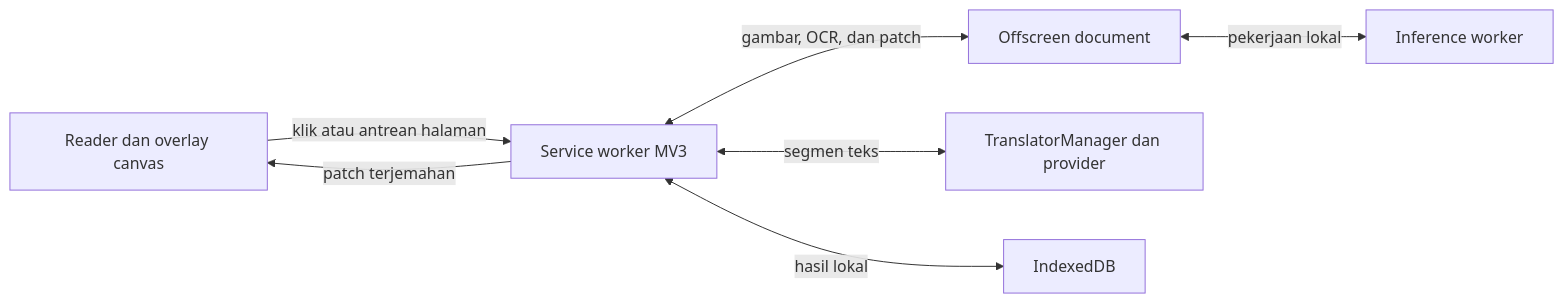
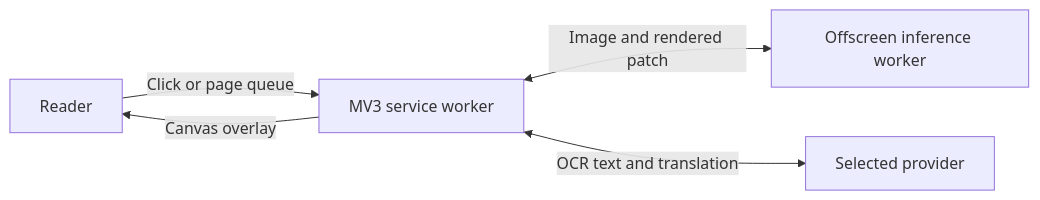
One commit to Yunachz/Manga-Translator changed the diagram in README.md. Above: the diagram before and after it, drawn with Mermaid. The commit also changed other lines of this file, not shown here.

````diff
--- a/README.md
+++ b/README.md
@@ -64,9 +44,7 @@
 ```mermaid
 flowchart LR
-  Reader["Reader dan overlay canvas"] -->|"klik atau antrean halaman"| BG["Service worker MV3"]
-  BG <-->|"gambar, OCR, dan patch"| Offscreen["Offscreen document"]
-  Offscreen <-->|"pekerjaan lokal"| Worker["Inference worker"]
-  BG <-->|"segmen teks"| Provider["TranslatorManager dan provider"]
-  BG <-->|"hasil lokal"| Cache["IndexedDB"]
-  BG -->|"patch terjemahan"| Reader
+  R["Reader"] -->|Click or page queue| S["MV3 service worker"]
+  S <-->|Image and rendered patch| W["Offscreen inference worker"]
+  S <-->|OCR text and translation| T["Selected provider"]
+  S -->|Canvas overlay| R
 ```
````
